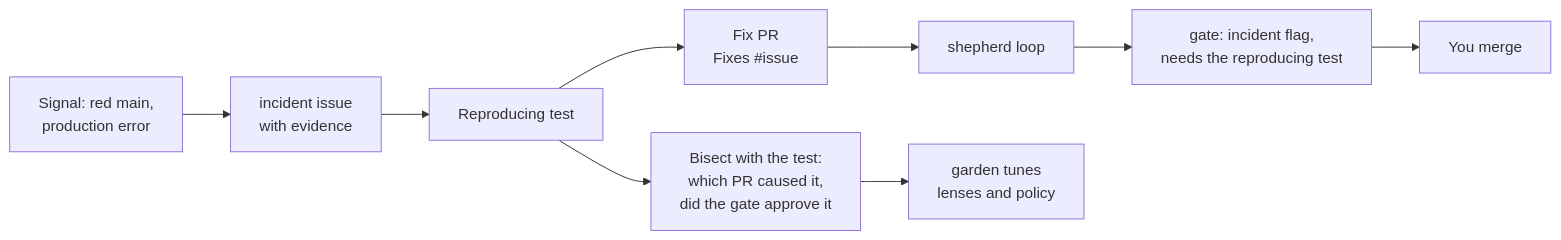
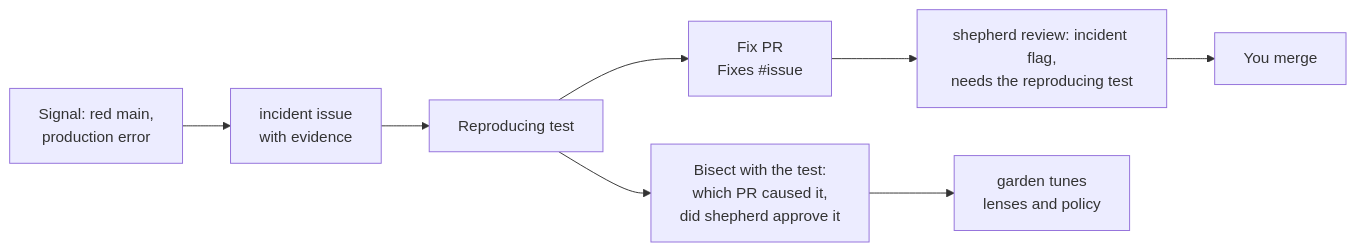
Before and after one commit to jagreehal/shepherd: the diagram in docs/src/content/docs/guides/incidents.md, drawn with Mermaid. The commit also changed other lines of this file and 77 other files, not shown here.

````diff
--- a/docs/src/content/docs/guides/incidents.md
+++ b/docs/src/content/docs/guides/incidents.md
@@ -7,11 +7,10 @@
 ```mermaid
 flowchart LR
     S[Signal: red main,<br/>production error] --> I[incident issue<br/>with evidence]
     I --> T[Reproducing test]
-    T --> B[Bisect with the test:<br/>which PR caused it,<br/>did the gate approve it]
+    T --> B[Bisect with the test:<br/>which PR caused it,<br/>did shepherd approve it]
     T --> F[Fix PR<br/>Fixes #issue]
-    F --> SH[shepherd loop]
-    SH --> ST[gate: incident flag,<br/>needs the reproducing test]
+    F --> ST[shepherd review: incident flag,<br/>needs the reproducing test]
     ST --> M[You merge]
     B --> G[garden tunes<br/>lenses and policy]
 ```
````
